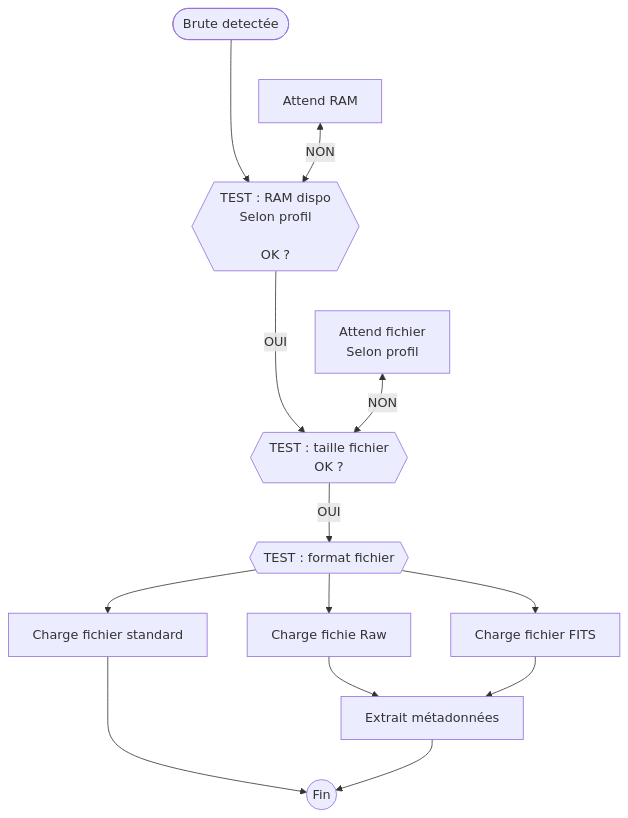
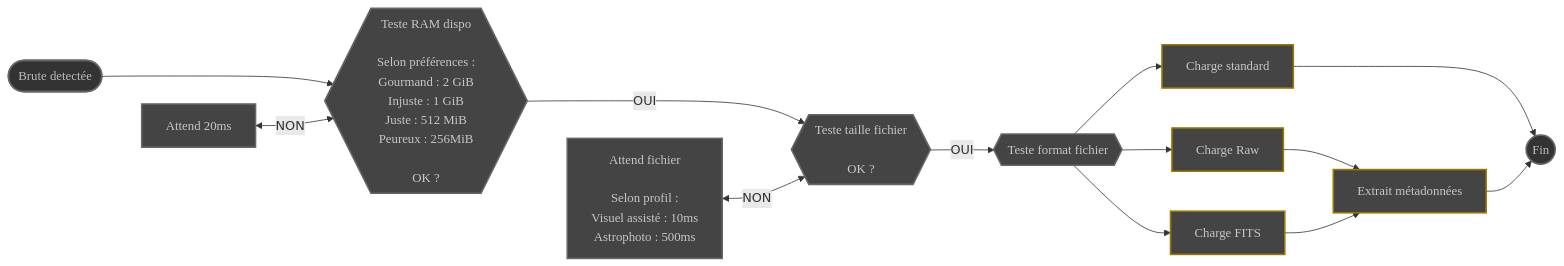
The diagram in content/fr/docs/v0.7/modules/scanner.md (deufrai/als), drawn with Mermaid before and after one commit. The commit also changed other lines of this file and 3 other files, not shown here.

````diff
--- a/content/fr/docs/v0.7/modules/scanner.md
+++ b/content/fr/docs/v0.7/modules/scanner.md
@@ -118,33 +110,48 @@
 ```mermaid
-flowchart TB
+flowchart LR
     START([Brute detectée])
-    WAIT_RAM[Attend RAM]
-    CHECK_RAM{{TEST : RAM dispo<br>Selon profil<br><br>OK ?}}
-    CHECK_SIZE{{TEST : taille fichier<br>OK ?}}
-    WAIT_FILE[Attend fichier<br>Selon profil]
-    TEST_FORMAT{{TEST : format fichier}}
-    FITS[Charge fichier FITS]
-    STANDARD[Charge fichier standard]
-    RAW[Charge fichie Raw]
+    
+    WAIT_FILE[Attend fichier<br><br>Selon profil :<br>Visuel assisté : 10ms<br>Astrophoto : 500ms]    
+    WAIT_RAM[Attend 20ms]
+    
+    CHECK_RAM{{Teste RAM dispo<br><br>Selon préférences :<br>Gourmand : 2 GiB<br>Injuste : 1 GiB<br>Juste : 512 MiB<br>Peureux : 256MiB<br><br>OK ?}}
+    CHECK_SIZE{{Teste taille fichier<br><br>OK ?}}
+    TEST_FORMAT{{Teste format fichier}}
+    
+    FITS[Charge FITS]
+    STANDARD[Charge standard]
+    RAW[Charge Raw]
+    
     METADATA[Extrait métadonnées]
+    
     END((Fin))
-    
-    START ---> CHECK_RAM   
+
+    START ---> CHECK_RAM
     WAIT_RAM <-->|NON| CHECK_RAM
- 
-    
+
     CHECK_RAM --->|OUI| CHECK_SIZE
-    WAIT_FILE <-->|NON| CHECK_SIZE   
+    WAIT_FILE <-->|NON| CHECK_SIZE
     CHECK_SIZE -->|OUI| TEST_FORMAT
 
     TEST_FORMAT -->  FITS
     TEST_FORMAT -->  STANDARD
     TEST_FORMAT -->  RAW
-    
 
     RAW --> METADATA
     FITS --> METADATA
-    
+
     STANDARD ---> END
     METADATA --> END
+
+    style START fill:#333,stroke:#666,stroke-width:2px,color:#BBB,font-family:'Poppins',sans-serif
+    style WAIT_RAM fill:#444,stroke:#666,stroke-width:2px,color:#c6c6c6,font-family:'Poppins',sans-serif
+    style CHECK_RAM fill:#444,stroke:#666,stroke-width:2px,color:#c6c6c6,font-family:'Poppins',sans-serif
+    style CHECK_SIZE fill:#444,stroke:#666,stroke-width:2px,color:#c6c6c6,font-family:'Poppins',sans-serif
+    style WAIT_FILE fill:#444,stroke:#666,stroke-width:2px,color:#c6c6c6,font-family:'Poppins',sans-serif
+    style TEST_FORMAT fill:#444,stroke:#666,stroke-width:2px,color:#c6c6c6,font-family:'Poppins',sans-serif
+    style FITS fill:#444,stroke:#970,stroke-width:2px,color:#c6c6c6,font-family:'Poppins',sans-serif
+    style STANDARD fill:#444,stroke:#970,stroke-width:2px,color:#c6c6c6,font-family:'Poppins',sans-serif
+    style RAW fill:#444,stroke:#970,stroke-width:2px,color:#c6c6c6,font-family:'Poppins',sans-serif
+    style METADATA fill:#444,stroke:#970,stroke-width:2px,color:#c6c6c6,font-family:'Poppins',sans-serif
+    style END fill:#333,stroke:#666,stroke-width:2px,color:#BBB,font-family:'Poppins',sans-serif
 ```
````
